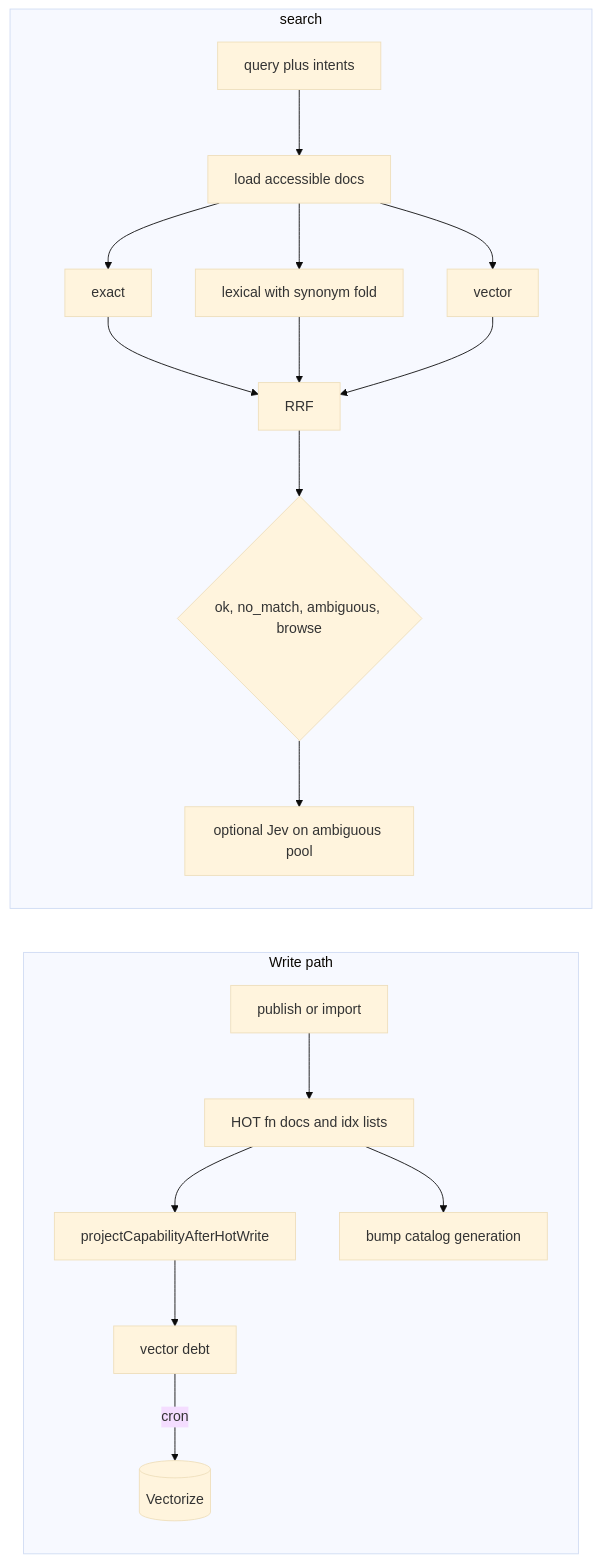
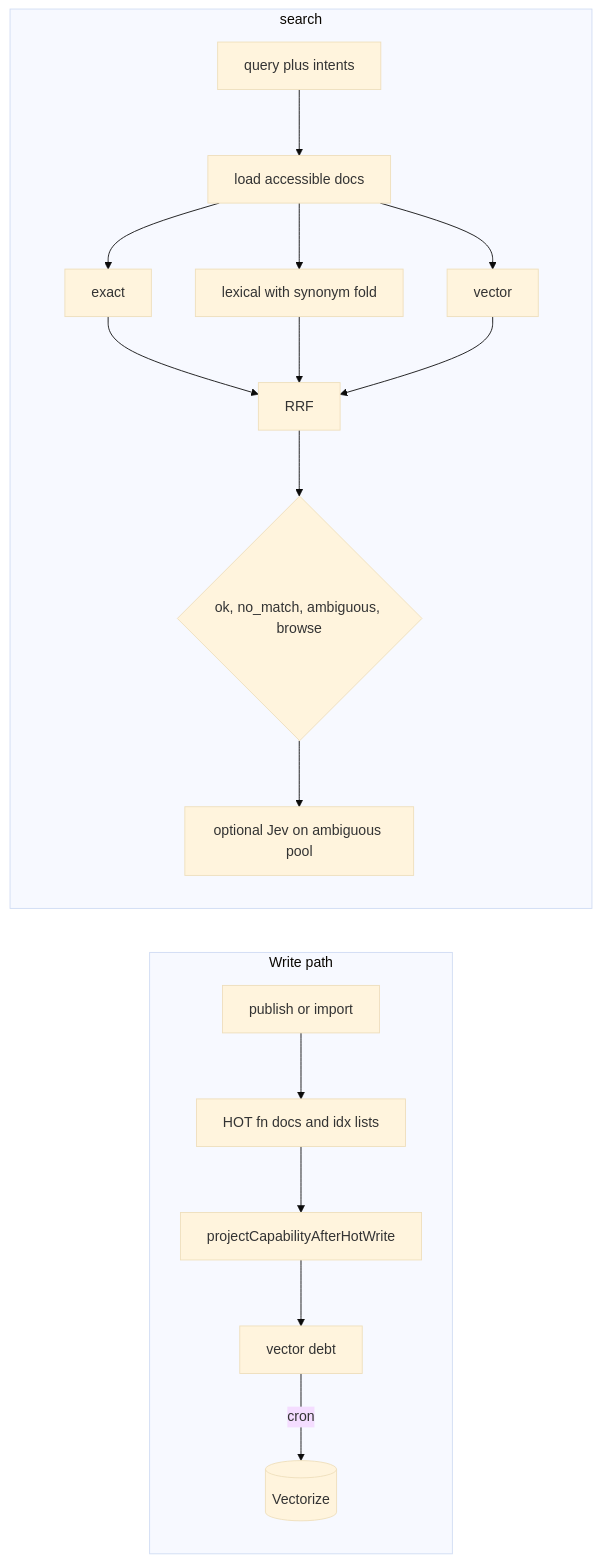
Before and after one commit to xmazu/functhis: the diagram in docs/mcp-search-and-execution.md, drawn with Mermaid (base theme). The commit also changed other lines of this file and 35 other files, not shown here.

````diff
--- a/docs/mcp-search-and-execution.md
+++ b/docs/mcp-search-and-execution.md
@@ -13,21 +13,20 @@
 ```mermaid
 flowchart LR
   subgraph write [Write path]
     P[publish or import] --> H[HOT fn docs and idx lists]
     H --> PR[projectCapabilityAfterHotWrite]
     PR --> D[vector debt]
-    H --> G[bump catalog generation]
     D -- cron --> V[(Vectorize)]
   end
   subgraph read [search]
     Q[query plus intents] --> L[load accessible docs]
     L --> X[exact]
     L --> LX[lexical with synonym fold]
     L --> VC[vector]
     X --> R[RRF]
     LX --> R
     VC --> R
     R --> S{ok, no_match, ambiguous, browse}
     S --> J[optional Jev on ambiguous pool]
   end
 ```
````
